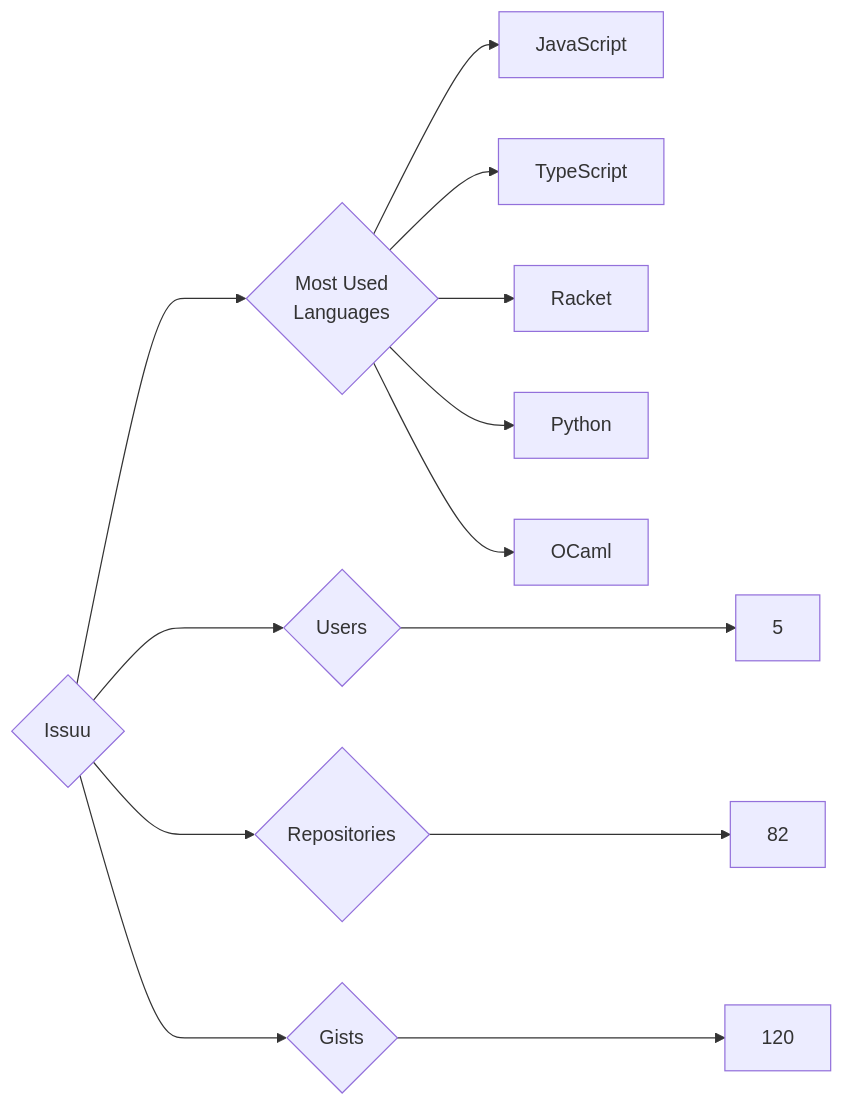
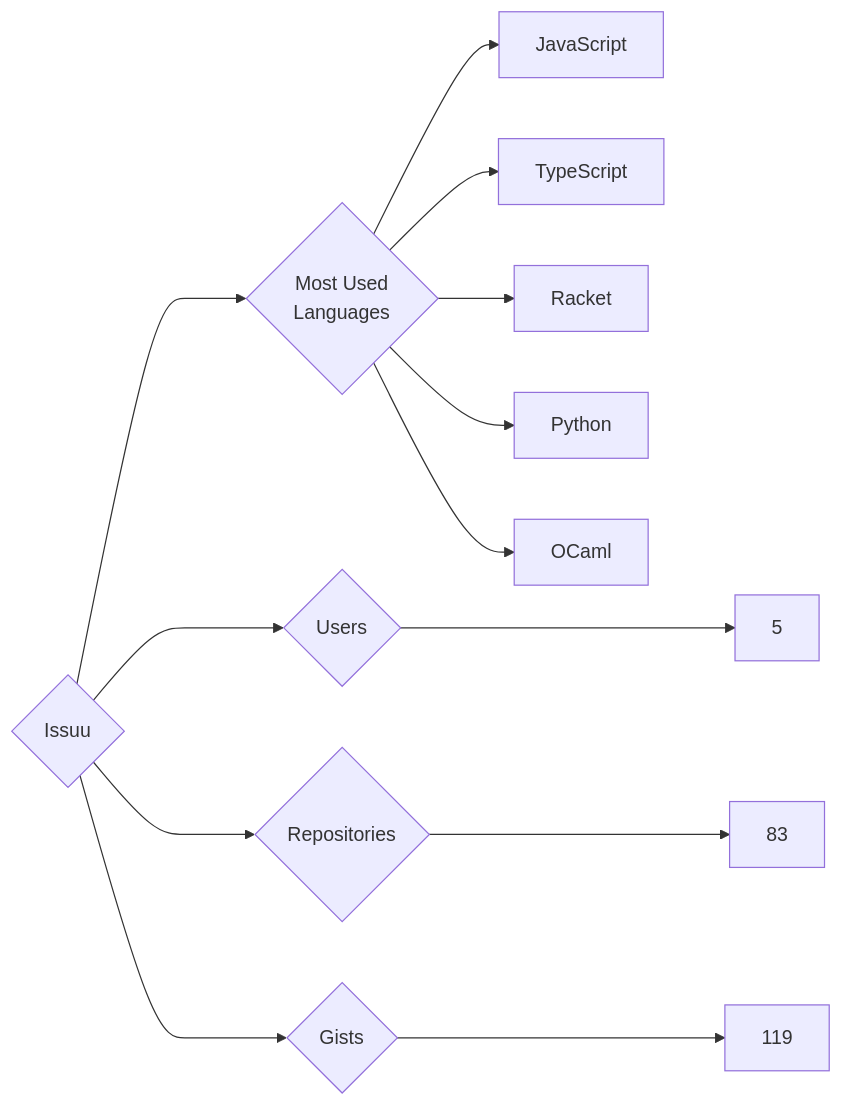
Before and after one commit to trickest/insiders: the diagram in targets/Issuu/README.md, drawn with Mermaid. The commit also changed 914 other files, not shown here.

````diff
--- a/targets/Issuu/README.md
+++ b/targets/Issuu/README.md
@@ -3,13 +3,13 @@
 ```mermaid
 graph LR
 COMPANY_NAME{Issuu}
 COMPANY_NAME ---> U{Users} ---> UN[5]
-COMPANY_NAME ---> R{Repositories} ---> RN[82]
-COMPANY_NAME ---> G{Gists} ---> GN[120]
+COMPANY_NAME ---> R{Repositories} ---> RN[83]
+COMPANY_NAME ---> G{Gists} ---> GN[119]
 COMPANY_NAME ---> ML{Most Used<br>Languages}
 ML --> JavaScript[JavaScript]
 ML --> TypeScript[TypeScript]
 ML --> Racket[Racket]
 ML --> Python[Python]
 ML --> OCaml[OCaml]
 ```
````
